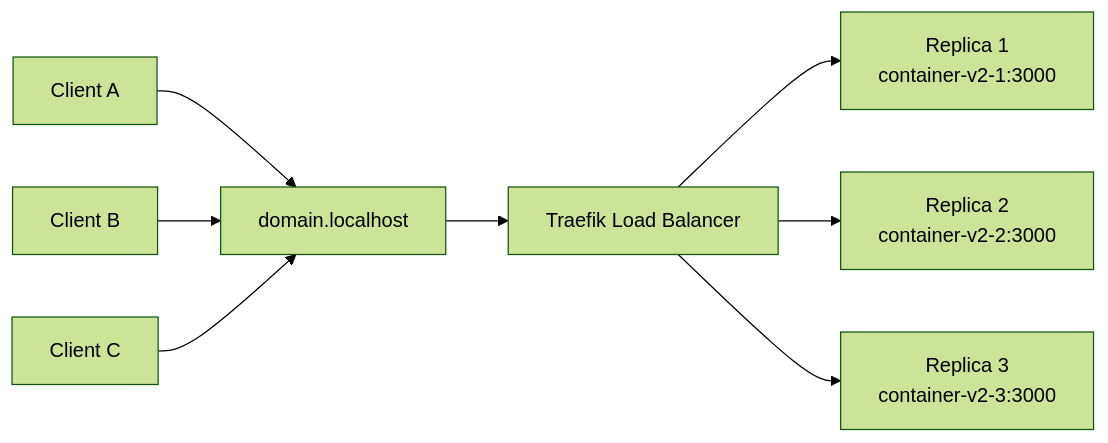
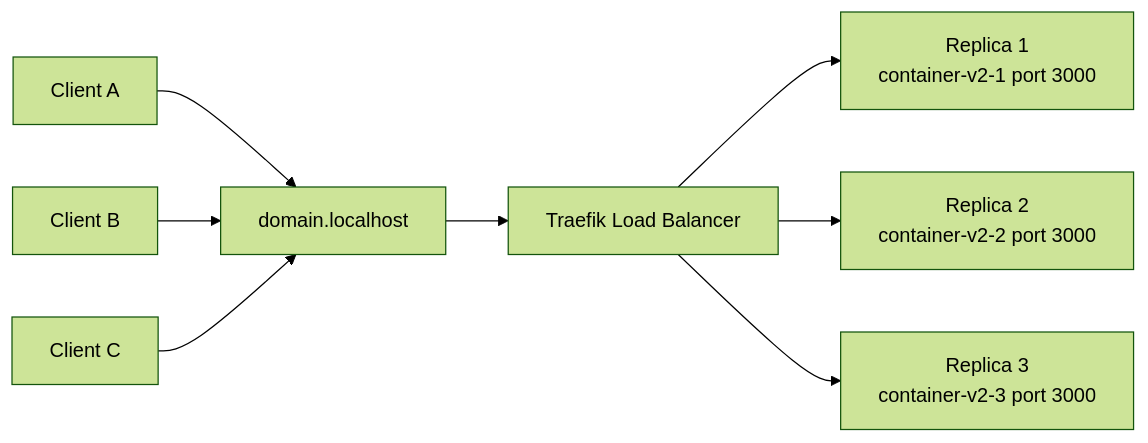
The fourth of 9 diagrams in docs/DIAGRAMS.en.md (HKevinH/deploy-website), drawn with Mermaid (forest theme) before and after one commit. The commit also changed other lines of this file and 1 other file, not shown here.

Commit message:
feat: update system diagrams to clarify replica ports and improve terminology

````diff
--- a/docs/DIAGRAMS.en.md
+++ b/docs/DIAGRAMS.en.md
@@ -76,12 +76,12 @@
 ```mermaid
 flowchart LR
   Client1[Client A] --> Domain[domain.localhost]
   Client2[Client B] --> Domain
   Client3[Client C] --> Domain
 
   Domain --> Traefik[Traefik Load Balancer]
 
-  Traefik --> R1[Replica 1<br/>container-v2-1:3000]
-  Traefik --> R2[Replica 2<br/>container-v2-2:3000]
-  Traefik --> R3[Replica 3<br/>container-v2-3:3000]
+  Traefik --> R1["Replica 1<br/>container-v2-1 port 3000"]
+  Traefik --> R2["Replica 2<br/>container-v2-2 port 3000"]
+  Traefik --> R3["Replica 3<br/>container-v2-3 port 3000"]
 ```
````
